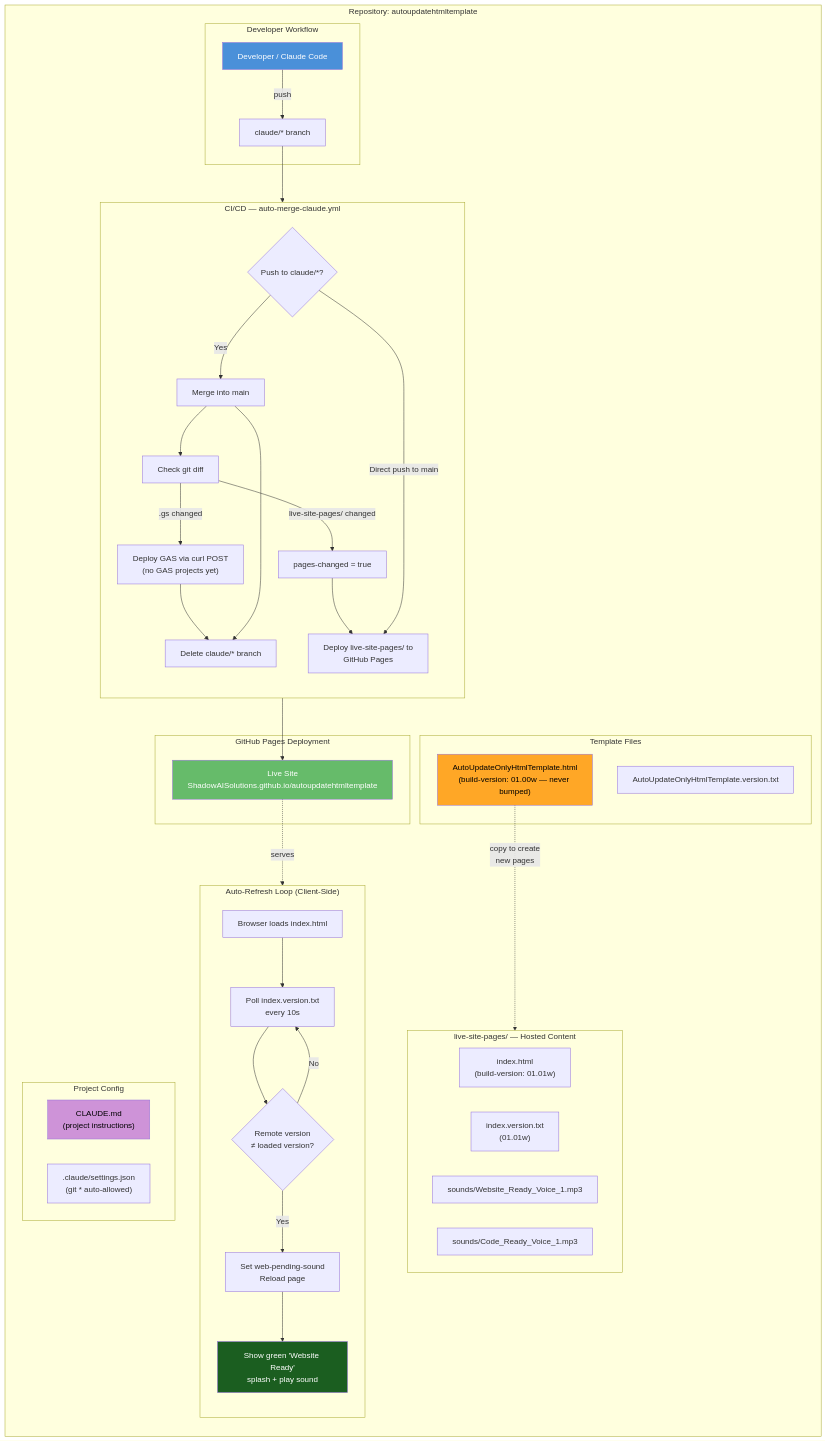
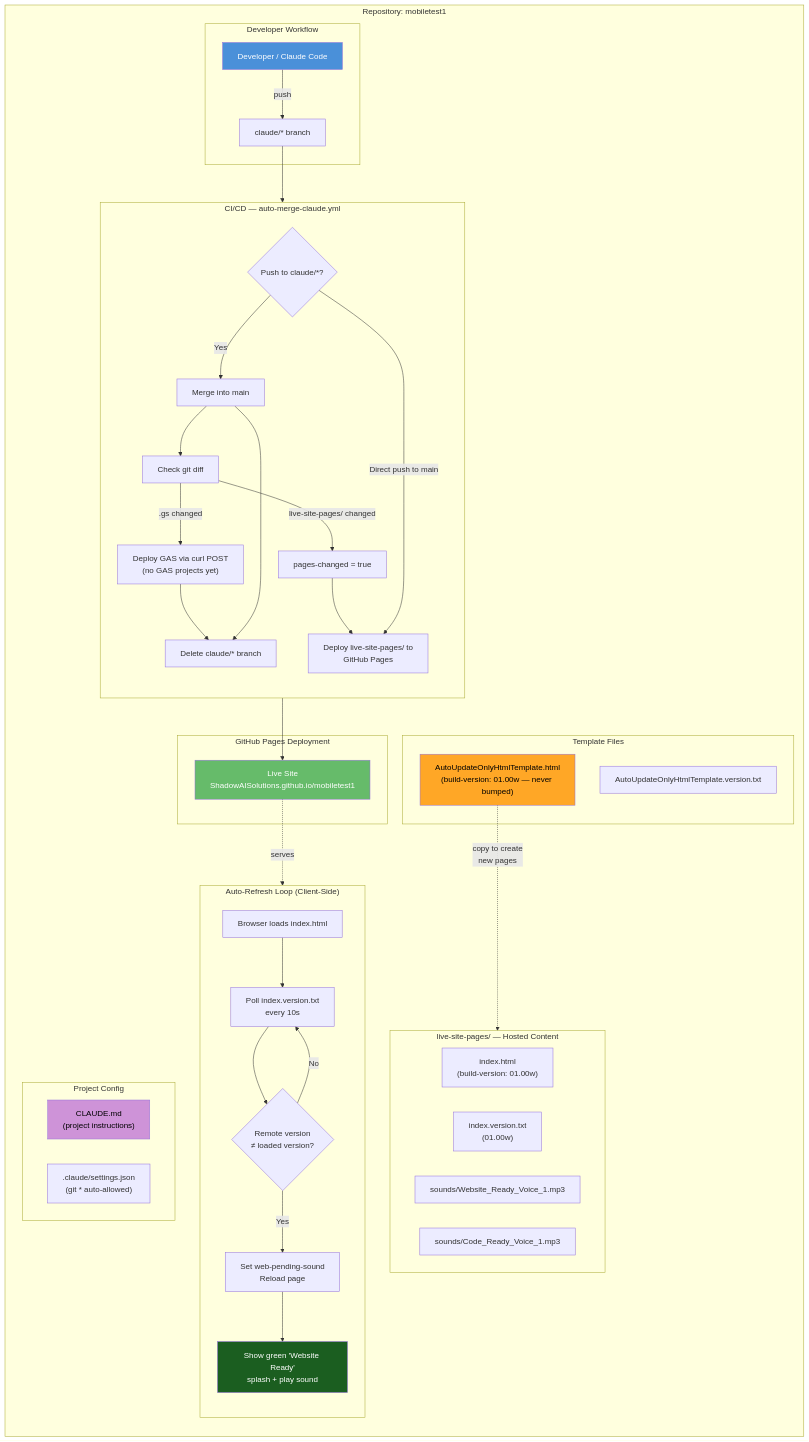
One commit to ShadowAISolutions/mobiletest1 changed the diagram in repository-information/ARCHITECTURE.md. Above: the diagram before and after it, drawn with Mermaid. The commit also changed 7 other files, not shown here.

````diff
--- a/repository-information/ARCHITECTURE.md
+++ b/repository-information/ARCHITECTURE.md
@@ -3,73 +3,73 @@
 ```mermaid
 graph TB
-    subgraph "Repository: autoupdatehtmltemplate"
+    subgraph "Repository: mobiletest1"
         direction TB
 
         subgraph "Developer Workflow"
             DEV["Developer / Claude Code"]
             CB["claude/* branch"]
             DEV -->|"push"| CB
         end
 
         subgraph "CI/CD — auto-merge-claude.yml"
             direction TB
             TRIGGER{"Push to claude/*?"}
             CB --> TRIGGER
             TRIGGER -->|Yes| MERGE["Merge into main"]
             MERGE --> DIFF["Check git diff"]
             DIFF -->|"live-site-pages/ changed"| PAGES_FLAG["pages-changed = true"]
             DIFF -->|".gs changed"| GAS_DEPLOY["Deploy GAS via curl POST\n(no GAS projects yet)"]
             GAS_DEPLOY --> DELETE_BR
             MERGE --> DELETE_BR["Delete claude/* branch"]
             PAGES_FLAG --> DEPLOY_PAGES
             TRIGGER -->|"Direct push to main"| DEPLOY_PAGES
         end
 
         subgraph "GitHub Pages Deployment"
             DEPLOY_PAGES["Deploy live-site-pages/ to\nGitHub Pages"]
-            LIVE["Live Site\nShadowAISolutions.github.io/autoupdatehtmltemplate"]
+            LIVE["Live Site\nShadowAISolutions.github.io/mobiletest1"]
             DEPLOY_PAGES --> LIVE
         end
 
         subgraph "live-site-pages/ — Hosted Content"
             direction LR
-            INDEX["index.html\n(build-version: 01.01w)"]
-            VERTXT["index.version.txt\n(01.01w)"]
+            INDEX["index.html\n(build-version: 01.00w)"]
+            VERTXT["index.version.txt\n(01.00w)"]
             SND1["sounds/Website_Ready_Voice_1.mp3"]
             SND2["sounds/Code_Ready_Voice_1.mp3"]
         end
 
         subgraph "Auto-Refresh Loop (Client-Side)"
             direction TB
             BROWSER["Browser loads index.html"]
             POLL["Poll index.version.txt\nevery 10s"]
             COMPARE{"Remote version\n≠ loaded version?"}
             RELOAD["Set web-pending-sound\nReload page"]
             SPLASH["Show green 'Website Ready'\nsplash + play sound"]
             BROWSER --> POLL
             POLL --> COMPARE
             COMPARE -->|Yes| RELOAD
             RELOAD --> SPLASH
             COMPARE -->|No| POLL
         end
 
         subgraph "Template Files"
             TPL["AutoUpdateOnlyHtmlTemplate.html\n(build-version: 01.00w — never bumped)"]
             TPL_VER["AutoUpdateOnlyHtmlTemplate.version.txt"]
         end
 
         subgraph "Project Config"
             CLAUDE_MD["CLAUDE.md\n(project instructions)"]
             SETTINGS[".claude/settings.json\n(git * auto-allowed)"]
         end
     end
 
     TPL -.->|"copy to create\nnew pages"| INDEX
     LIVE -.->|"serves"| BROWSER
 
     style DEV fill:#4a90d9,color:#fff
     style LIVE fill:#66bb6a,color:#fff
     style SPLASH fill:#1b5e20,color:#fff
     style TPL fill:#ffa726,color:#000
     style CLAUDE_MD fill:#ce93d8,color:#000
 ```
````
